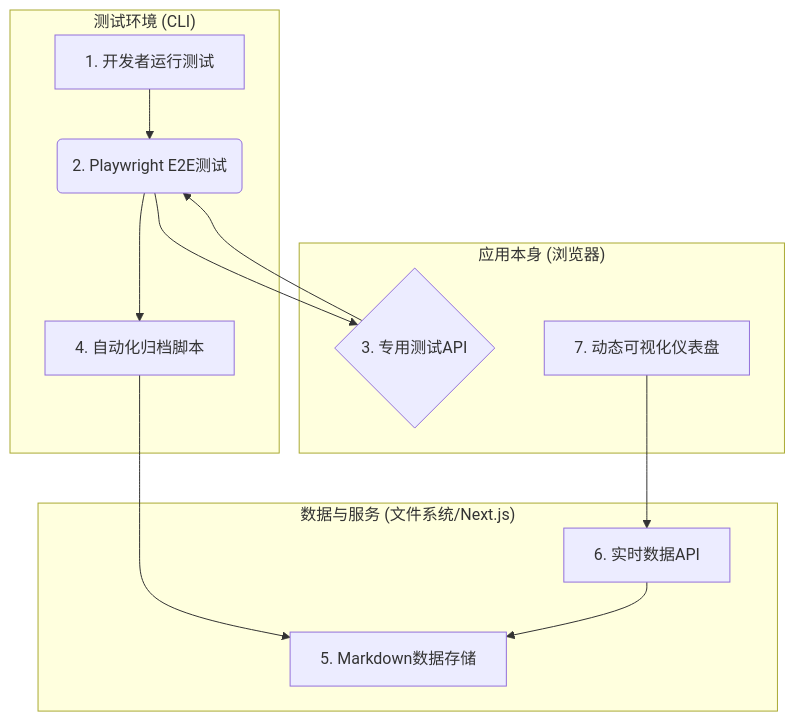
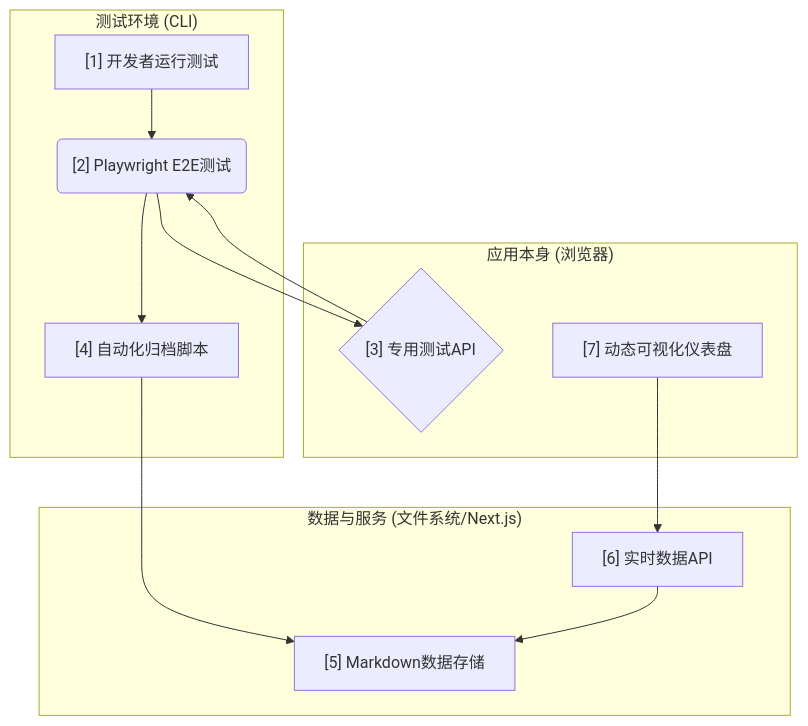
One commit to recohcity/generative-puzzle changed the diagram in docs/automated_testing_workflow.md. Above: the diagram before and after it, drawn with Mermaid. The commit also changed other lines of this file, not shown here.

Commit message:
docs: fix mermaid diagram rendering issue

````diff
--- a/docs/automated_testing_workflow.md
+++ b/docs/automated_testing_workflow.md
@@ -18,26 +18,26 @@
 ```mermaid
 graph TD
-    A[1. 开发者运行测试] --> B(2. Playwright E2E测试);
-    B --> C{3. 专用测试API};
-    B --> D[4. 自动化归档脚本];
-    C --> B;
-    D --> E[5. Markdown数据存储];
-    F[7. 动态可视化仪表盘] --> G[6. 实时数据API];
-    G --> E;
+    NodeA["[1] 开发者运行测试"] --> NodeB("[2] Playwright E2E测试");
+    NodeB --> NodeC{"[3] 专用测试API"};
+    NodeB --> NodeD["[4] 自动化归档脚本"];
+    NodeC --> NodeB;
+    NodeD --> NodeE["[5] Markdown数据存储"];
+    NodeF["[7] 动态可视化仪表盘"] --> NodeG["[6] 实时数据API"];
+    NodeG --> NodeE;
 
     subgraph "测试环境 (CLI)"
-        A
-        B
-        D
+        NodeA
+        NodeB
+        NodeD
     end
 
     subgraph "应用本身 (浏览器)"
-        C
-        F
+        NodeC
+        NodeF
     end
     
     subgraph "数据与服务 (文件系统/Next.js)"
-        E
-        G
+        NodeE
+        NodeG
     end
 ```
````
